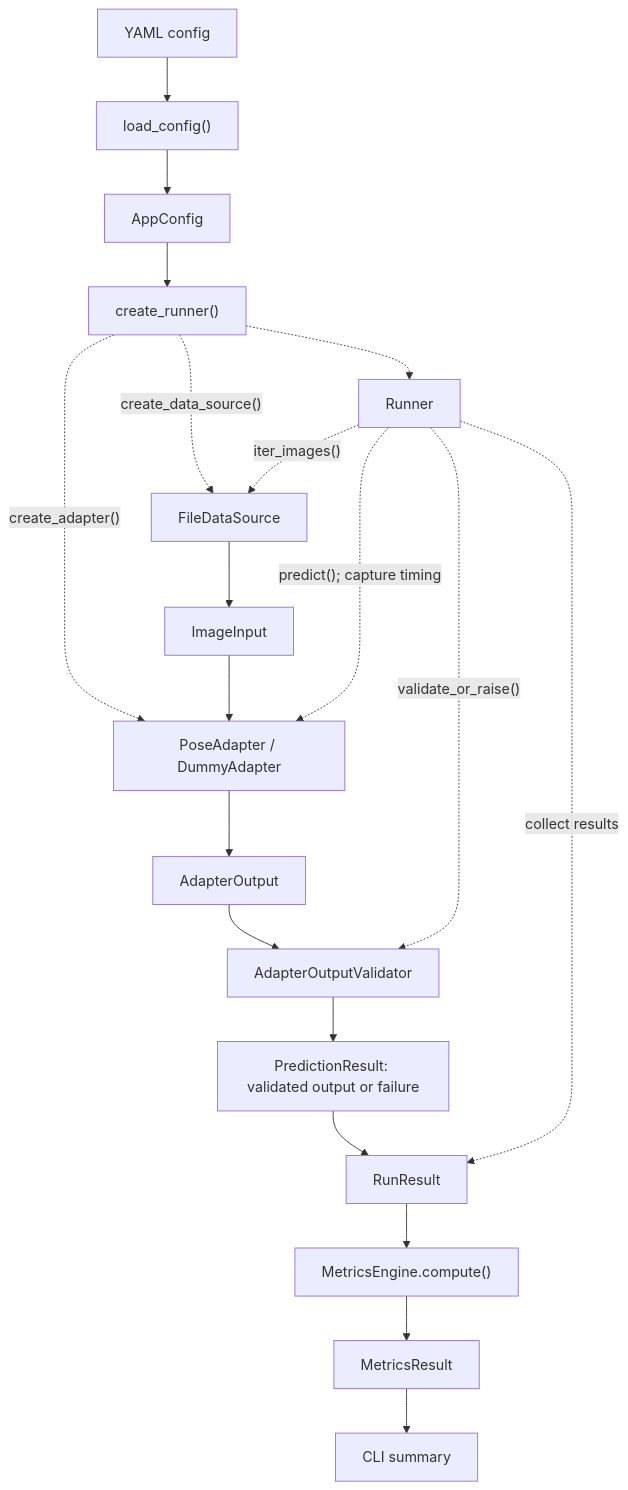
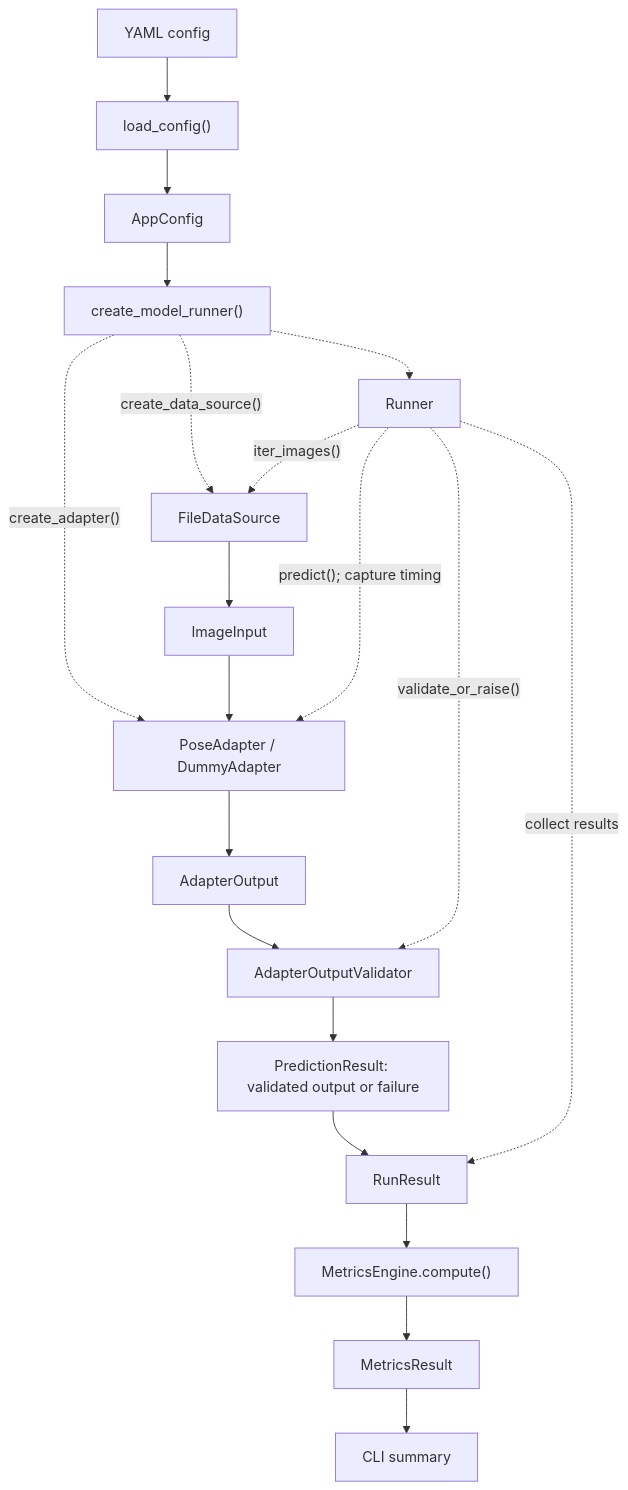
The first of 2 diagrams in docs/architecture.md (Kamil-J-Prokop/pose-deploy-gate), drawn with Mermaid before and after one commit. The commit also changed other lines of this file and 7 other files, not shown here.

Commit message:
refactor(runner): create runner for configured model

````diff
--- a/docs/architecture.md
+++ b/docs/architecture.md
@@ -15,20 +15,20 @@
 ```mermaid
 flowchart TD
     YAML["YAML config"] --> Load["load_config()"] --> Config["AppConfig"]
-    Config --> Factory["create_runner()"]
+    Config --> Factory["create_model_runner()"]
     Factory -.-> Runner
     Factory -. "create_data_source()" .-> DS["FileDataSource"]
     Factory -. "create_adapter()" .-> Adapter["PoseAdapter / DummyAdapter"]
     Runner -. "iter_images()" .-> DS
     DS --> Image["ImageInput"]
     Image --> Adapter
     Runner -. "predict(); capture timing" .-> Adapter
     Adapter --> Output["AdapterOutput"]
     Output --> Validator["AdapterOutputValidator"]
     Runner -. "validate_or_raise()" .-> Validator
     Validator --> Outcome["PredictionResult: validated output or failure"]
     Outcome --> Result["RunResult"]
     Runner -. "collect results" .-> Result
     Result --> Engine["MetricsEngine.compute()"] --> Metrics["MetricsResult"]
     Metrics --> CLI["CLI summary"]
 ```
````
